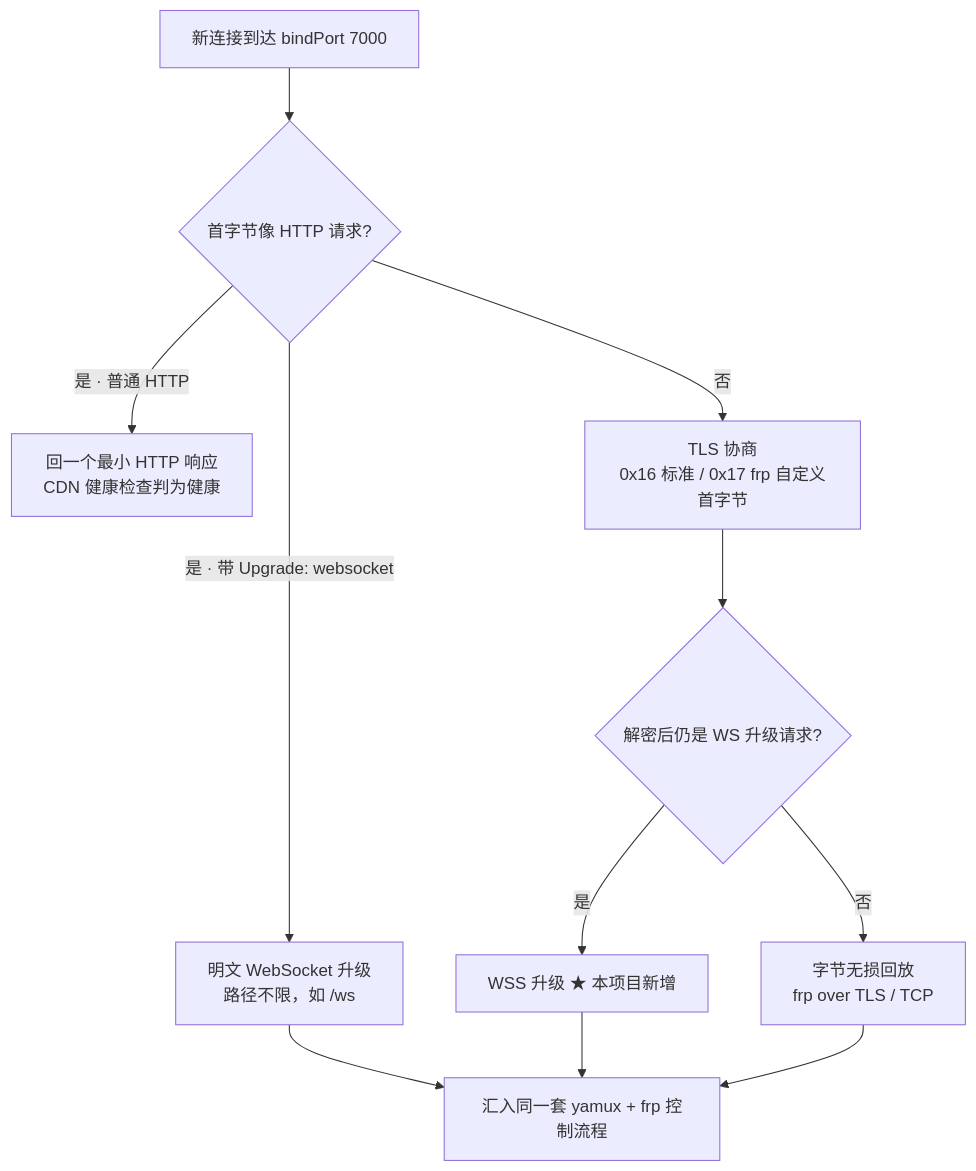
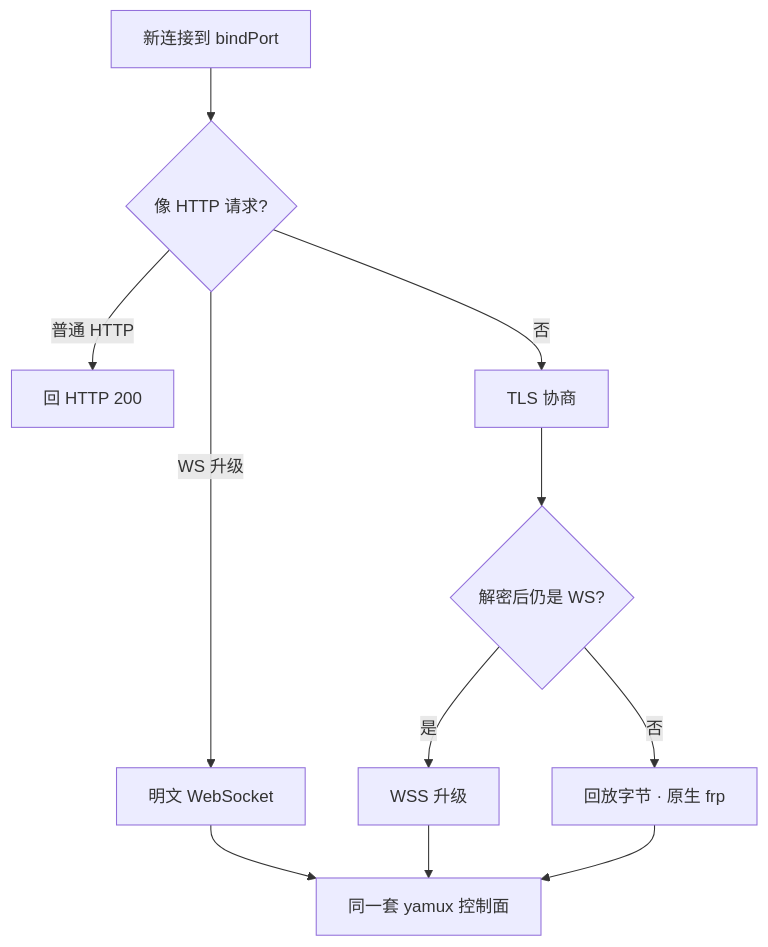
Before and after one commit to wengjing086/rust-frp-wss-ip4p: the second of 3 diagrams in README.md, drawn with Mermaid. The commit also changed other lines of this file, not shown here.

Commit message:
docs(readme): 流程图节点改单行短标签，去掉 br 换行避免文字被截断

````diff
--- a/README.md
+++ b/README.md
@@ -80,13 +83,13 @@
 ```mermaid
 flowchart TD
-  A["新连接到达 bindPort 7000"] --> B{"首字节像 HTTP 请求?"}
-  B -->|"是 · 带 Upgrade: websocket"| C["明文 WebSocket 升级<br/>路径不限，如 /ws"]
-  B -->|"是 · 普通 HTTP"| D["回一个最小 HTTP 响应<br/>CDN 健康检查判为健康"]
-  B -->|"否"| E["TLS 协商<br/>0x16 标准 / 0x17 frp 自定义首字节"]
-  E --> F{"解密后仍是 WS 升级请求?"}
-  F -->|"是"| G["WSS 升级 ★ 本项目新增"]
-  F -->|"否"| H["字节无损回放<br/>frp over TLS / TCP"]
-  C --> I["汇入同一套 yamux + frp 控制流程"]
+  A["新连接到 bindPort"] --> B{"像 HTTP 请求?"}
+  B -->|"WS 升级"| C["明文 WebSocket"]
+  B -->|"普通 HTTP"| D["回 HTTP 200"]
+  B -->|"否"| E["TLS 协商"]
+  E --> F{"解密后仍是 WS?"}
+  F -->|"是"| G["WSS 升级"]
+  F -->|"否"| H["回放字节 · 原生 frp"]
+  C --> I["同一套 yamux 控制面"]
   G --> I
   H --> I
 ```
````
